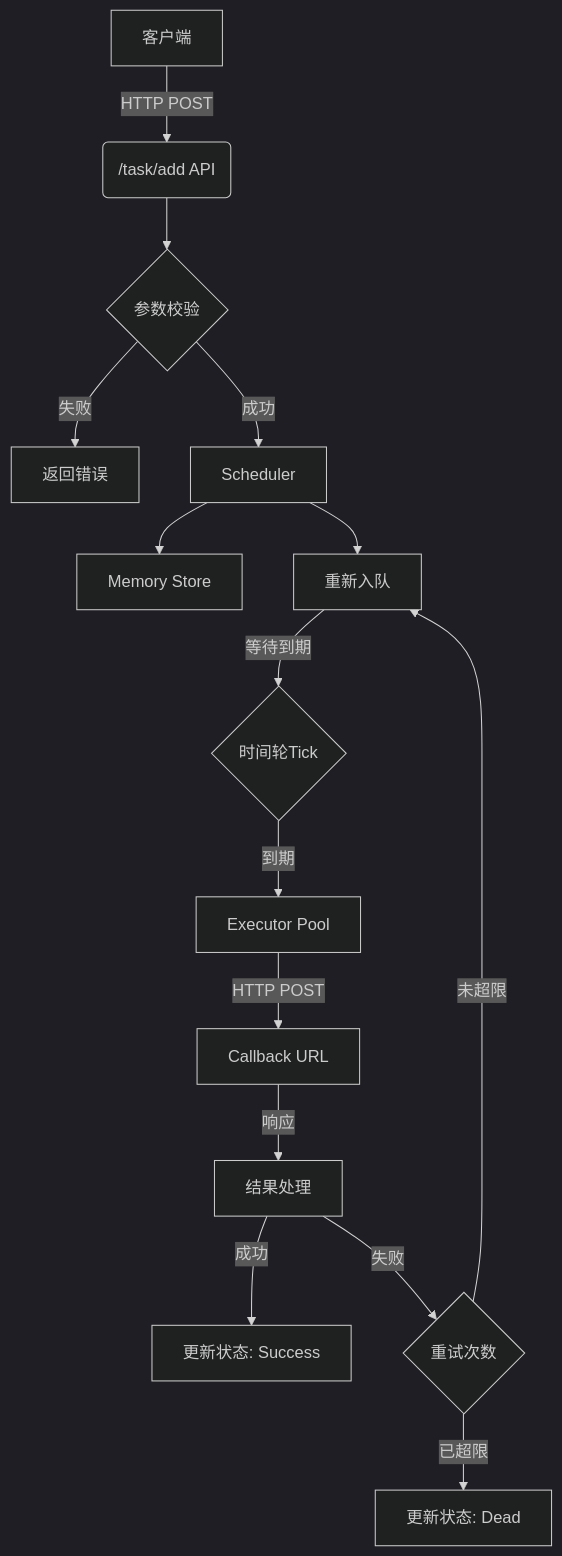
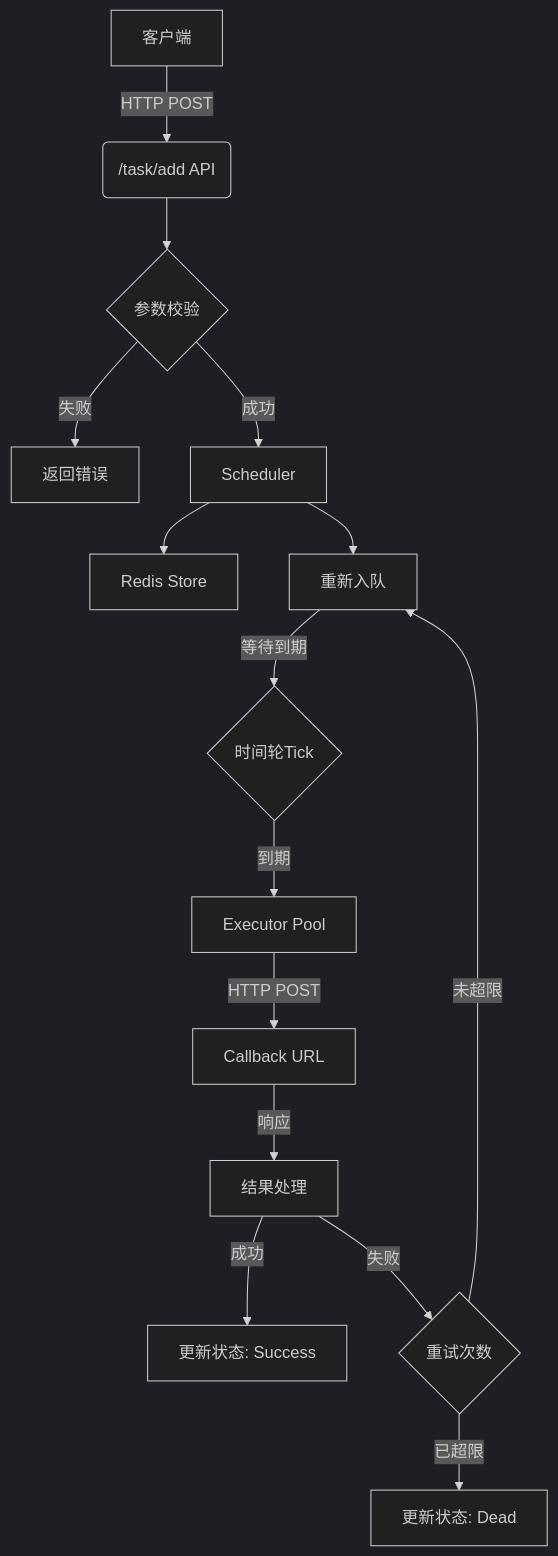
One commit to hfan-g/go-delay-queue changed the first of 2 diagrams in README.md. Above: the diagram before and after it, drawn with Mermaid (dark theme). The commit also changed other lines of this file, not shown here.

````diff
--- a/README.md
+++ b/README.md
@@ -59,17 +78,17 @@
 ```mermaid
 flowchart TD
     A[客户端] -->|HTTP POST| B(/task/add API)
     B --> C{参数校验}
     C -->|失败| D[返回错误]
     C -->|成功| E[Scheduler]
-    E --> F[Memory Store]
+    E --> F[Redis Store]
     E --> G[Timing Wheel]
     G -->|等待到期| H{时间轮Tick}
     H -->|到期| I[Executor Pool]
     I -->|HTTP POST| J[Callback URL]
     J -->|响应| K[结果处理]
     K -->|成功| L[更新状态: Success]
     K -->|失败| M{重试次数}
     M -->|未超限| G[重新入队]
     M -->|已超限| N[更新状态: Dead]
 ```
````
